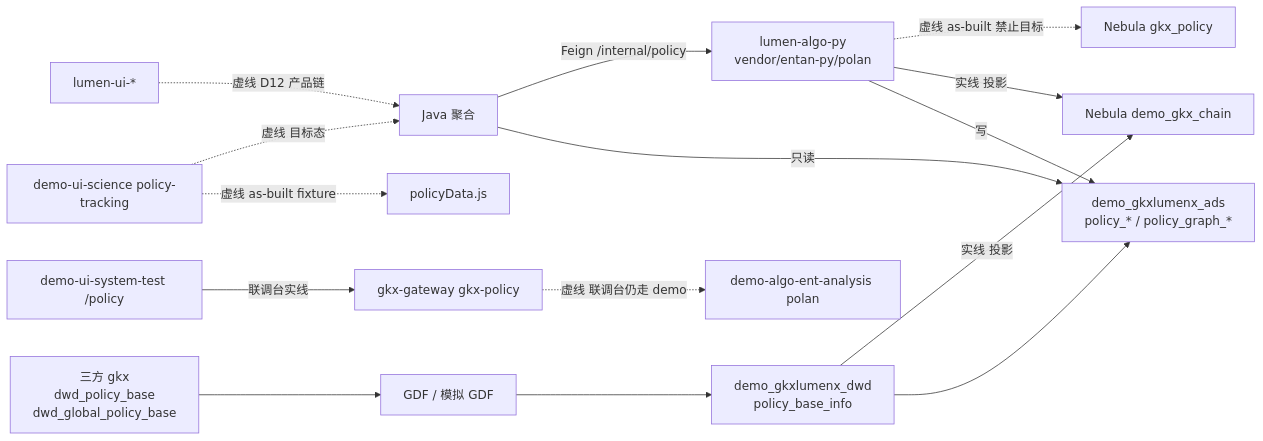
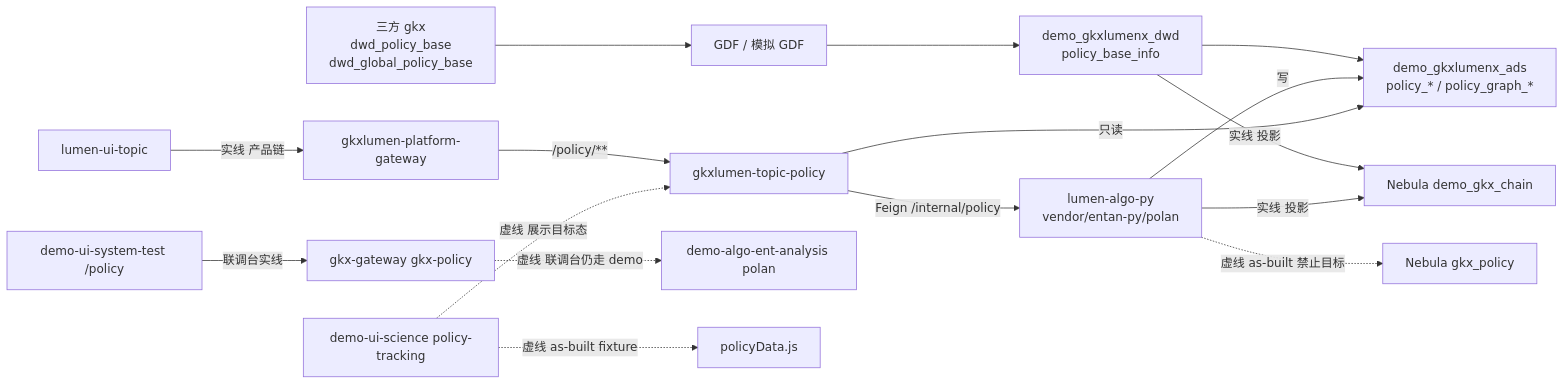
The first of 4 diagrams in agent-delivery/data/data-design/storage/POLICY/01-data-flow.md (Marisolebxf/-), drawn with Mermaid before and after one commit. The commit also changed other lines of this file and 1 other file, not shown here.

First line of the commit message:
docs(policy): C-BOOT handoff and POLICY-STORAGE-FLOW product chain solid [agent:api-agent]

````diff
--- a/agent-delivery/data/data-design/storage/POLICY/01-data-flow.md
+++ b/agent-delivery/data/data-design/storage/POLICY/01-data-flow.md
@@ -29,17 +29,18 @@
 ```mermaid
 flowchart LR
   ODS["三方 gkx<br/>dwd_policy_base<br/>dwd_global_policy_base"] --> GDF["GDF / 模拟 GDF"]
   GDF --> DWD["demo_gkxlumenx_dwd<br/>policy_base_info"]
   DWD --> ADS["demo_gkxlumenx_ads<br/>policy_* / policy_graph_*"]
   DWD -->|"实线 投影"| NEB["Nebula demo_gkx_chain"]
   PY["lumen-algo-py<br/>vendor/entan-py/polan"] -->|写| ADS
   PY -->|"实线 投影"| NEB
   PY -.->|"虚线 as-built 禁止目标"| OLD["Nebula gkx_policy"]
-  JAVA["Java 聚合"] -->|只读| ADS
+  JAVA["gkxlumen-topic-policy"] -->|只读| ADS
   JAVA -->|"Feign /internal/policy"| PY
   FE["demo-ui-system-test /policy"] -->|"联调台实线"| GW["gkx-gateway gkx-policy"]
   GW -.->|"虚线 联调台仍走 demo"| DEMOPY["demo-algo-ent-analysis polan"]
-  FE2["lumen-ui-*"] -.->|"虚线 D12 产品链"| JAVA
+  FE2["lumen-ui-topic"] -->|"实线 产品链"| GW2["gkxlumen-platform-gateway"]
+  GW2 -->|"/policy/**"| JAVA
   FE3["demo-ui-science policy-tracking"] -.->|"虚线 as-built fixture"| MOCK["policyData.js"]
-  FE3 -.->|"虚线 目标态"| JAVA
+  FE3 -.->|"虚线 展示目标态"| JAVA
 ```
````
